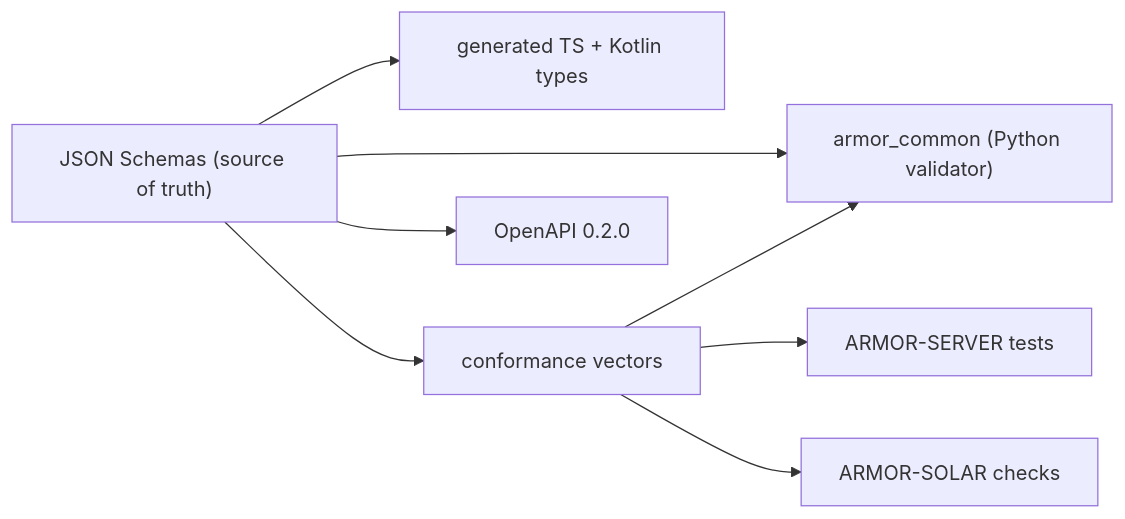
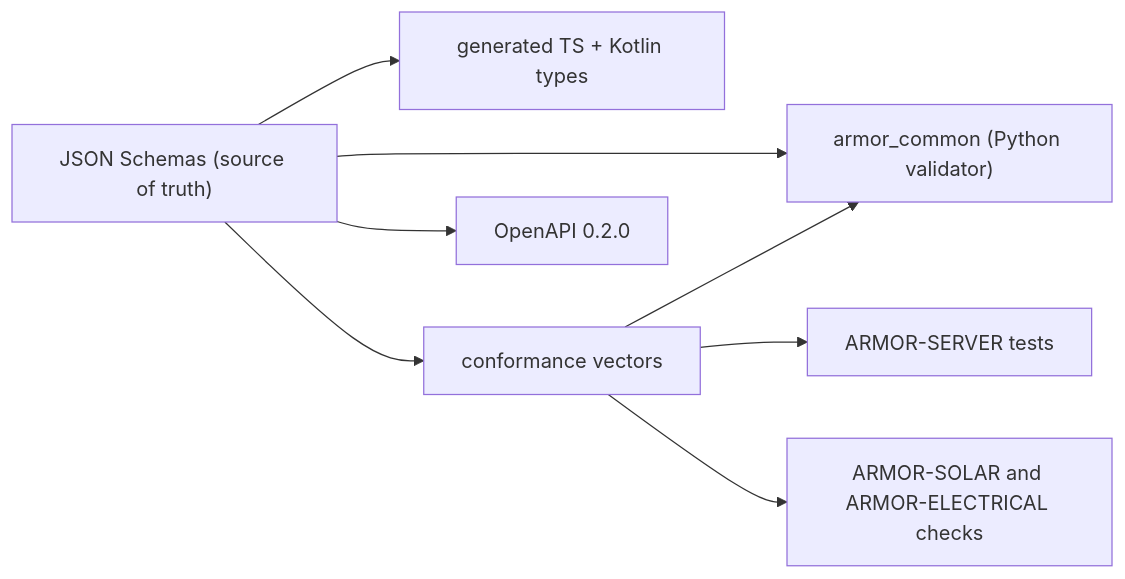
The diagram in README_ita.md (JuanenRac/ARMOR-COMMON), drawn with Mermaid before and after one commit. The commit also changed other lines of this file and 7 other files, not shown here.

````diff
--- a/README_ita.md
+++ b/README_ita.md
@@ -46,10 +46,10 @@
 ```mermaid
 flowchart LR
     S["JSON Schemas (source of truth)"] --> P["armor_common (Python validator)"]
     S --> G["generated TS + Kotlin types"]
     S --> V["conformance vectors"]
     V --> P
     V --> T["ARMOR-SERVER tests"]
-    V --> X["ARMOR-SOLAR checks"]
+    V --> X["ARMOR-SOLAR and ARMOR-ELECTRICAL checks"]
     S --> O["OpenAPI 0.2.0"]
 ```
````
